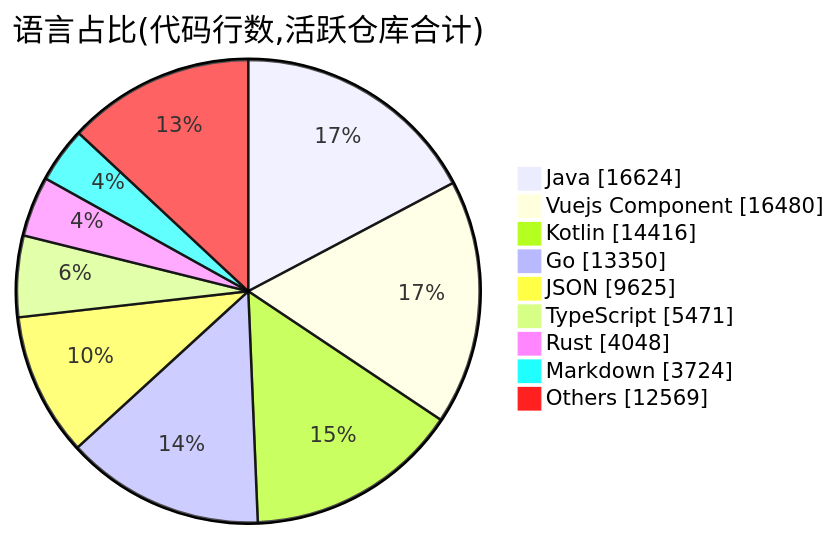
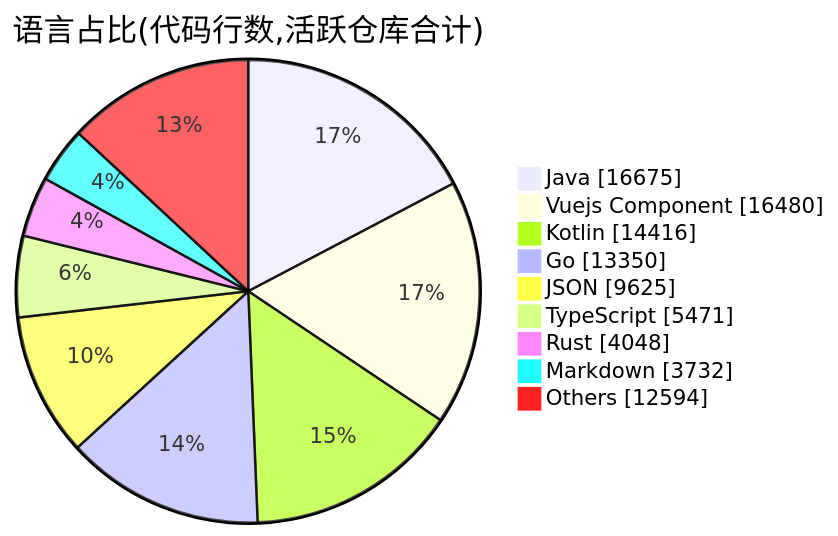
Before and after one commit to Conflux-Union/.github: the second of 2 diagrams in profile/README.md, drawn with Mermaid. The commit also changed other lines of this file and 1 other file, not shown here.

````diff
--- a/profile/README.md
+++ b/profile/README.md
@@ -74,13 +74,13 @@
 ```mermaid
 pie showData
     title 语言占比(代码行数,活跃仓库合计)
-    "Java" : 16624
+    "Java" : 16675
     "Vuejs Component" : 16480
     "Kotlin" : 14416
     "Go" : 13350
     "JSON" : 9625
     "TypeScript" : 5471
     "Rust" : 4048
-    "Markdown" : 3724
-    "Others" : 12569
+    "Markdown" : 3732
+    "Others" : 12594
 ```
````
